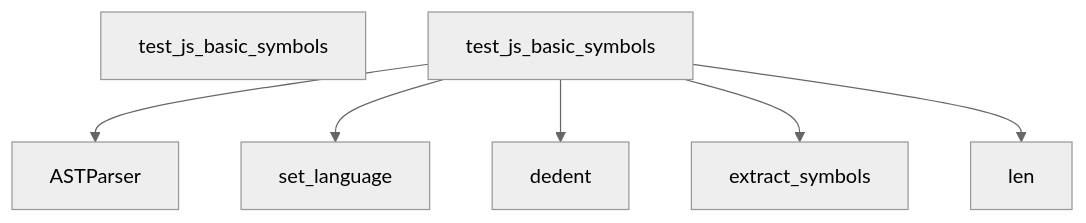
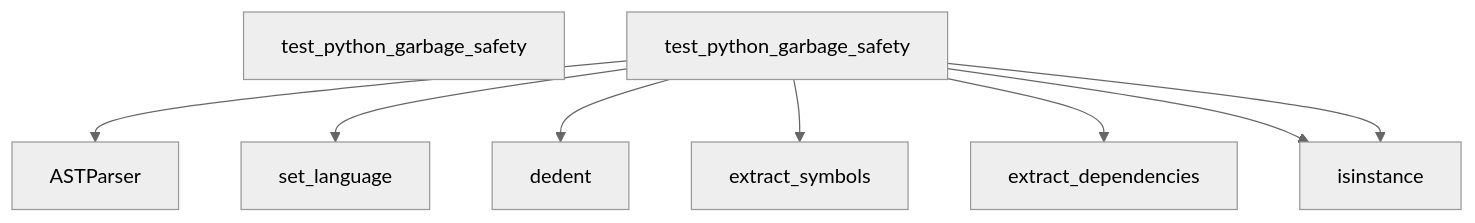
Diagram 25 of 26 in docs/DATA_FLOW.md (hazalkoom/DECODEx01), drawn with Mermaid (neutral theme) before and after one commit. The commit also changed other lines of this file and 15 other files, not shown here.

Commit message:
feat: NLG phases 2-4 - API scanner, few-shot schema, and story generator

````diff
--- a/docs/DATA_FLOW.md
+++ b/docs/DATA_FLOW.md
@@ -855,25 +853,33 @@
 ```mermaid
 graph TD
-    Start[test_js_basic_symbols]
+    Start[test_python_garbage_safety]
 
 
-    test_js_basic_symbols --> ASTParser
+    test_python_garbage_safety --> ASTParser
 
 
 
-    test_js_basic_symbols --> set_language
+    test_python_garbage_safety --> set_language
 
 
 
-    test_js_basic_symbols --> dedent
+    test_python_garbage_safety --> dedent
 
 
 
-    test_js_basic_symbols --> extract_symbols
+    test_python_garbage_safety --> extract_symbols
 
 
 
-    test_js_basic_symbols --> len
+    test_python_garbage_safety --> extract_dependencies
+
+
+
+    test_python_garbage_safety --> isinstance
+
+
+
+    test_python_garbage_safety --> isinstance
 
 
 ```
````
